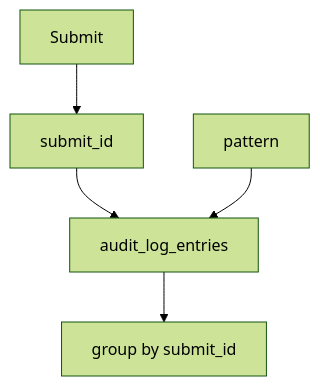
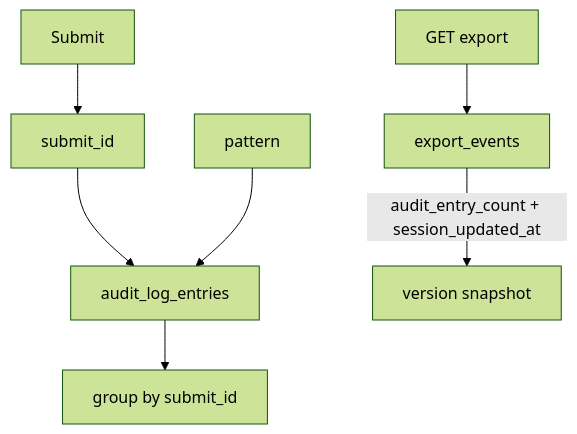
One commit to EmmS21/keyestakehome changed the fifth of 6 diagrams in docs/database-schema.md. Above: the diagram before and after it, drawn with Mermaid (forest theme). The commit also changed other lines of this file and 19 other files, not shown here.

First line of the commit message:
feat: add CSV export with audit trail and explorer download

````diff
--- a/docs/database-schema.md
+++ b/docs/database-schema.md
@@ -137,8 +149,11 @@
 ```mermaid
 flowchart TB
   AL[audit_log_entries]
+  EX[export_events]
   Submit --> SID[submit_id]
   SID --> AL
   AL --> SG[group by submit_id]
   pattern --> AL
+  Download["GET export"] --> EX
+  EX -->|audit_entry_count + session_updated_at| Version[version snapshot]
 ```
````
